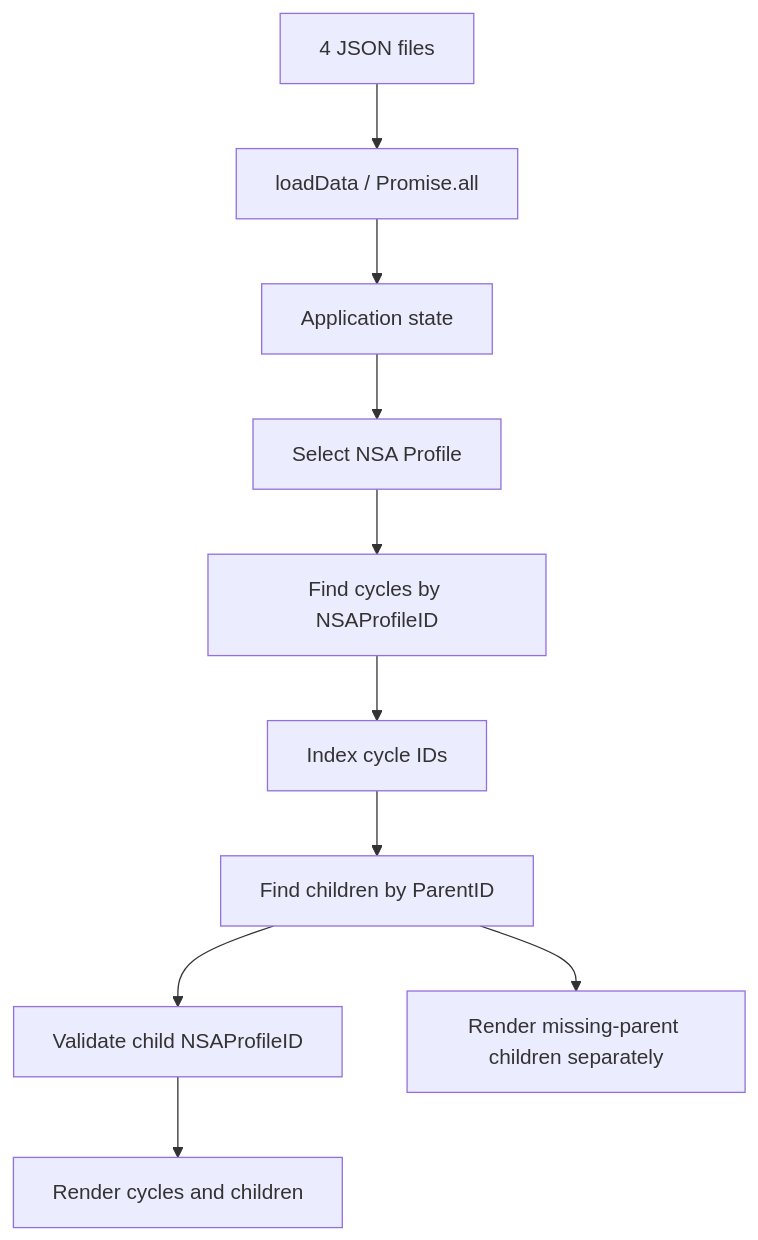
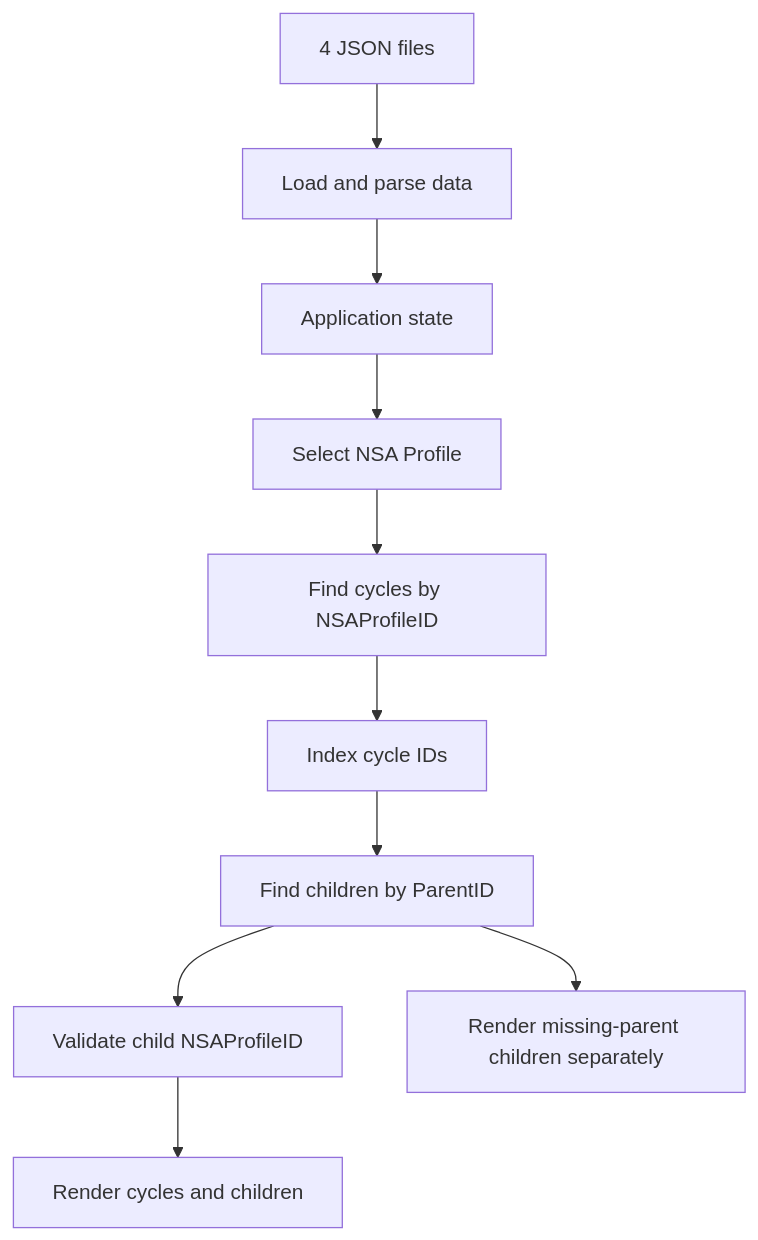
The diagram in NSAv2/reports/Validate-End-to-End-Data-Workflow.md (geraldotech/paho-nsa), drawn with Mermaid before and after one commit. The commit also changed other lines of this file, not shown here.

````diff
--- a/NSAv2/reports/Validate-End-to-End-Data-Workflow.md
+++ b/NSAv2/reports/Validate-End-to-End-Data-Workflow.md
@@ -34,12 +34,12 @@
 ```mermaid
 flowchart TD
-    J["4 JSON files"] --> L["loadData / Promise.all"]
+    J["4 JSON files"] --> L["Load and parse data"]
     L --> S["Application state"]
     S --> P["Select NSA Profile"]
     P --> N["Find cycles by NSAProfileID"]
     N --> C["Index cycle IDs"]
     C --> R["Find children by ParentID"]
     R --> V["Validate child NSAProfileID"]
     V --> U["Render cycles and children"]
     R --> O["Render missing-parent children separately"]
 ```
````
